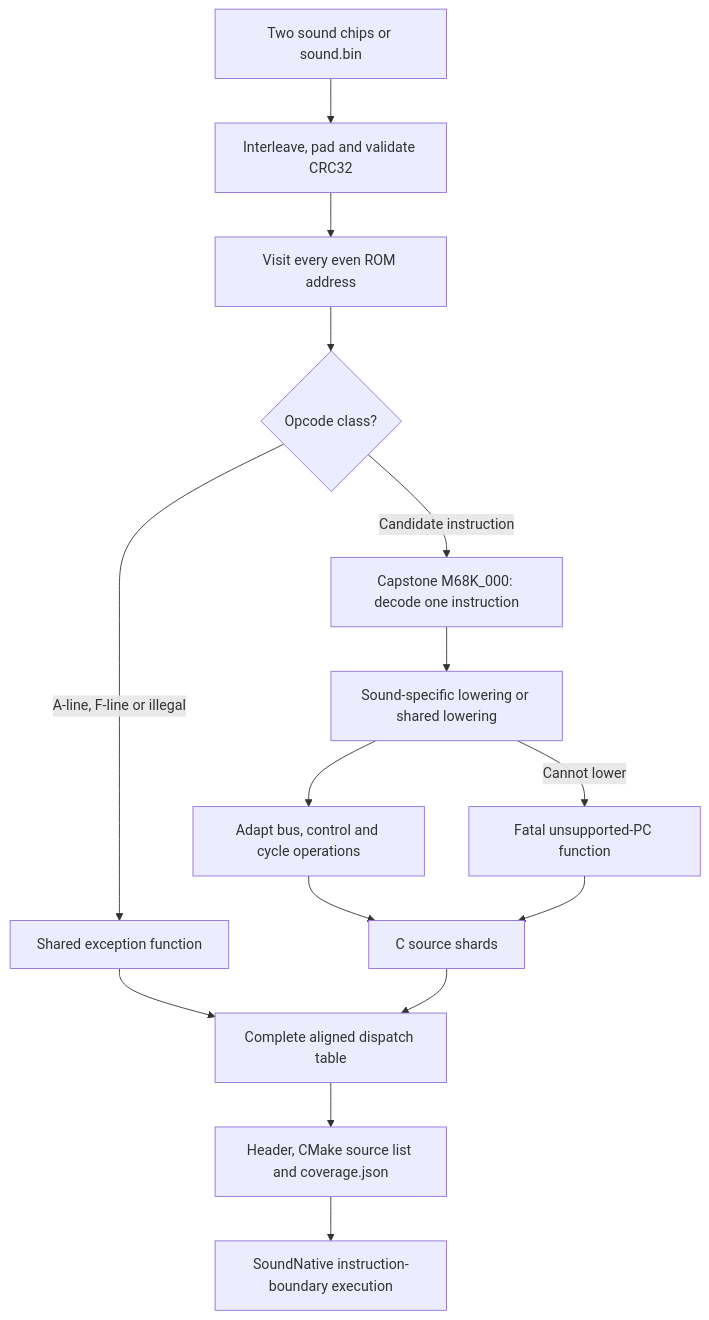
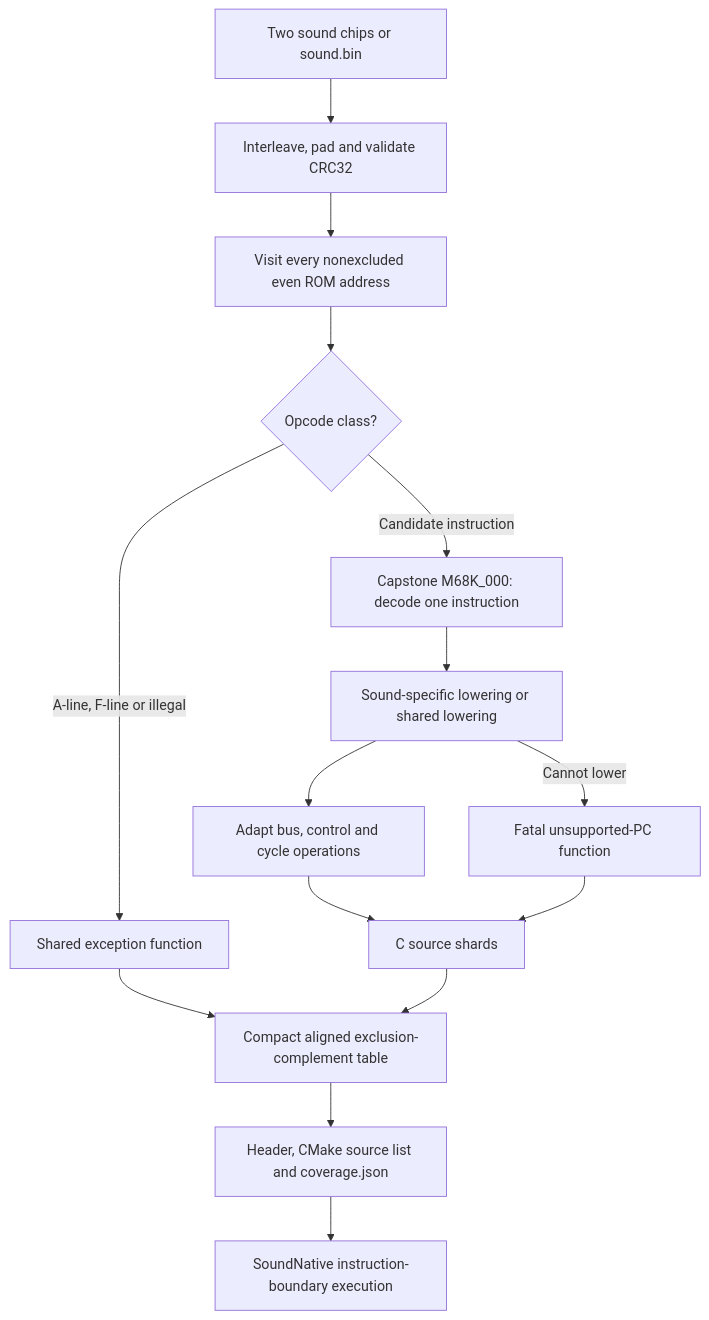
Before and after one commit to ansxor/f3-recomp: the diagram in docs/site/developer/recompiler/sound-compiler.md, drawn with Mermaid. The commit also changed other lines of this file and 31 other files, not shown here.

````diff
--- a/docs/site/developer/recompiler/sound-compiler.md
+++ b/docs/site/developer/recompiler/sound-compiler.md
@@ -22,17 +22,17 @@
 ```mermaid
 flowchart TD
     R["Two sound chips or sound.bin"] --> V["Interleave, pad and validate CRC32"]
-    V --> W["Visit every even ROM address"]
+    V --> W["Visit every nonexcluded even ROM address"]
     W --> T{"Opcode class?"}
     T -->|"A-line, F-line or illegal"| E["Shared exception function"]
     T -->|"Candidate instruction"| D["Capstone M68K_000: decode one instruction"]
     D --> L["Sound-specific lowering or shared lowering"]
     L --> A["Adapt bus, control and cycle operations"]
     L -->|"Cannot lower"| U["Fatal unsupported-PC function"]
     A --> S["C source shards"]
     U --> S
-    E --> B["Complete aligned dispatch table"]
+    E --> B["Compact aligned exclusion-complement table"]
     S --> B
     B --> C["Header, CMake source list and coverage.json"]
     C --> N["SoundNative instruction-boundary execution"]
 ```
````
